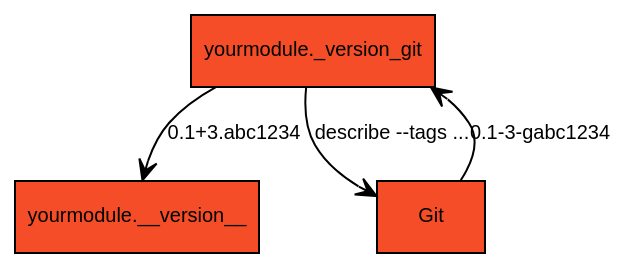
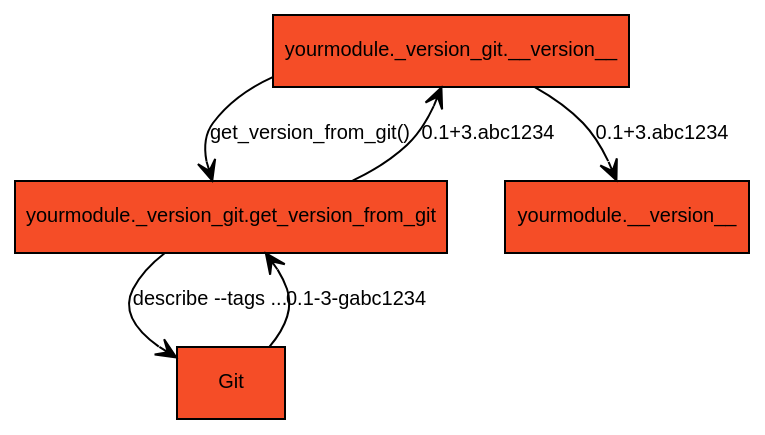
One commit to DiamondLightSource/versiongit changed the first of 3 diagrams in docs/index.rst. Above: the diagram before and after it, drawn with Graphviz. The commit also changed other lines of this file, not shown here.

```diff
--- a/docs/index.rst
+++ b/docs/index.rst
@@ -20,12 +20,16 @@
 .. digraph:: development
 
     bgcolor=transparent
     node [fontname=Arial fontsize=10 shape=box style=filled fillcolor="#f54d27"]
     edge [fontname=Arial fontsize=10 arrowhead=vee]
 
-    vg [label="yourmodule._version_git"]
+    vgv [label="yourmodule._version_git.__version__"]
+    vg [label="yourmodule._version_git.get_version_from_git"]
+    Git
     v [label="yourmodule.__version__"]
 
+    vgv -> vg [label="get_version_from_git()"]
     vg -> Git [label="describe --tags ..."]
     Git -> vg [label="0.1-3-gabc1234"]
-    vg -> v [label="0.1+3.abc1234"]
+    vg -> vgv [label="0.1+3.abc1234"]
+    vgv -> v [label="0.1+3.abc1234"]
```
